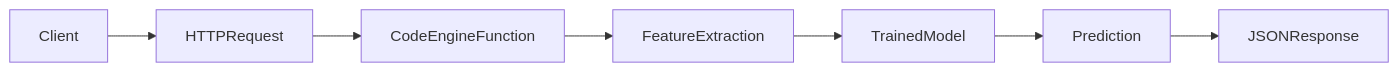
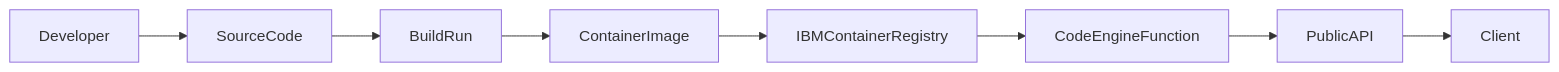
One commit to iportilla/5350-mlops changed the first of 3 diagrams in ibm-function/README.md. Above: the diagram before and after it, drawn with Mermaid. The commit also changed other lines of this file, not shown here.

First line of the commit message:
Revise README for IBM Code Engine Functions tutorial

````diff
--- a/ibm-function/README.md
+++ b/ibm-function/README.md
@@ -13,9 +39,10 @@
 ```mermaid
 flowchart LR
-    Client --> HTTPRequest
-    HTTPRequest --> CodeEngineFunction
-    CodeEngineFunction --> FeatureExtraction
-    FeatureExtraction --> TrainedModel
-    TrainedModel --> Prediction
-    Prediction --> JSONResponse
+    Developer --> SourceCode
+    SourceCode --> BuildRun
+    BuildRun --> ContainerImage
+    ContainerImage --> IBMContainerRegistry
+    IBMContainerRegistry --> CodeEngineFunction
+    CodeEngineFunction --> PublicAPI
+    PublicAPI --> Client
 ```
````
